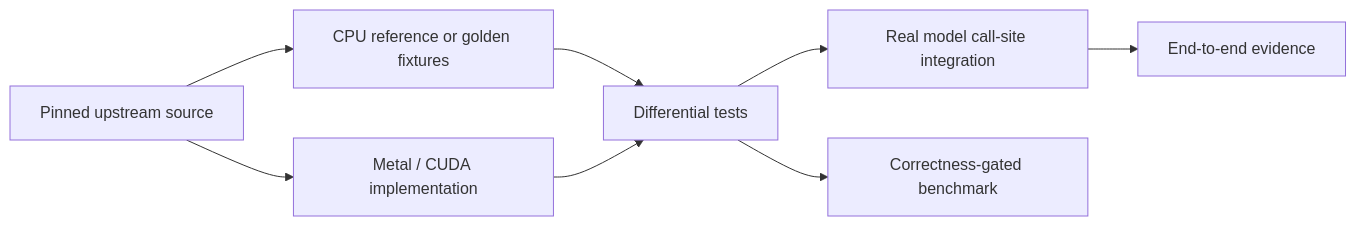
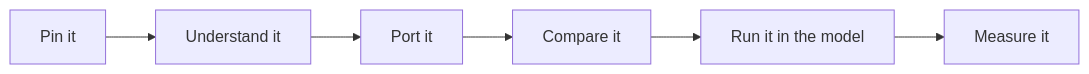
One commit to BedirT/KernelGoblin changed the first of 2 diagrams in README.md. Above: the diagram before and after it, drawn with Mermaid. The commit also changed other lines of this file and 50 other files, not shown here.

````diff
--- a/README.md
+++ b/README.md
@@ -41,10 +68,8 @@
 ```mermaid
 flowchart LR
-    U["Pinned upstream source"] --> R["CPU reference or golden fixtures"]
-    U --> A["Metal / CUDA implementation"]
-    R --> D["Differential tests"]
-    A --> D
-    D --> I["Real model call-site integration"]
-    I --> E["End-to-end evidence"]
-    D --> B["Correctness-gated benchmark"]
+    A["Pin it"] --> B["Understand it"]
+    B --> C["Port it"]
+    C --> D["Compare it"]
+    D --> E["Run it in the model"]
+    E --> F["Measure it"]
 ```
````
